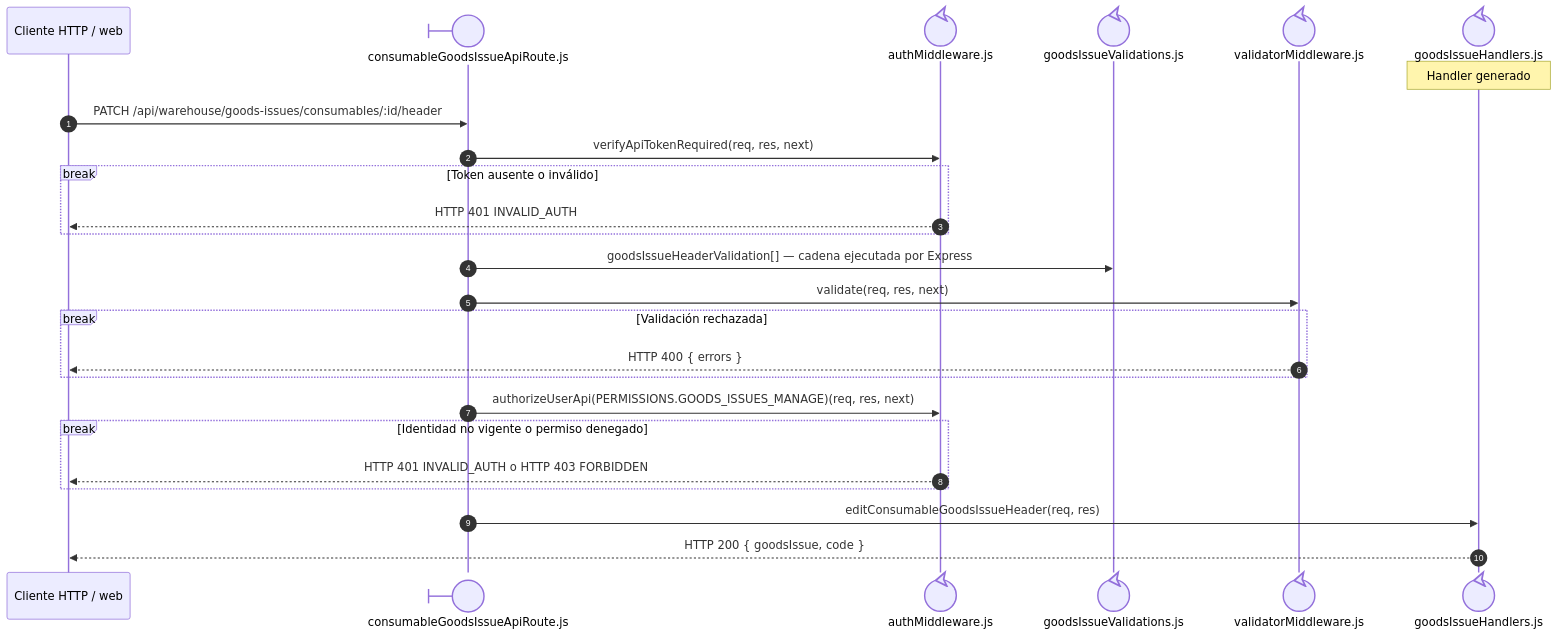
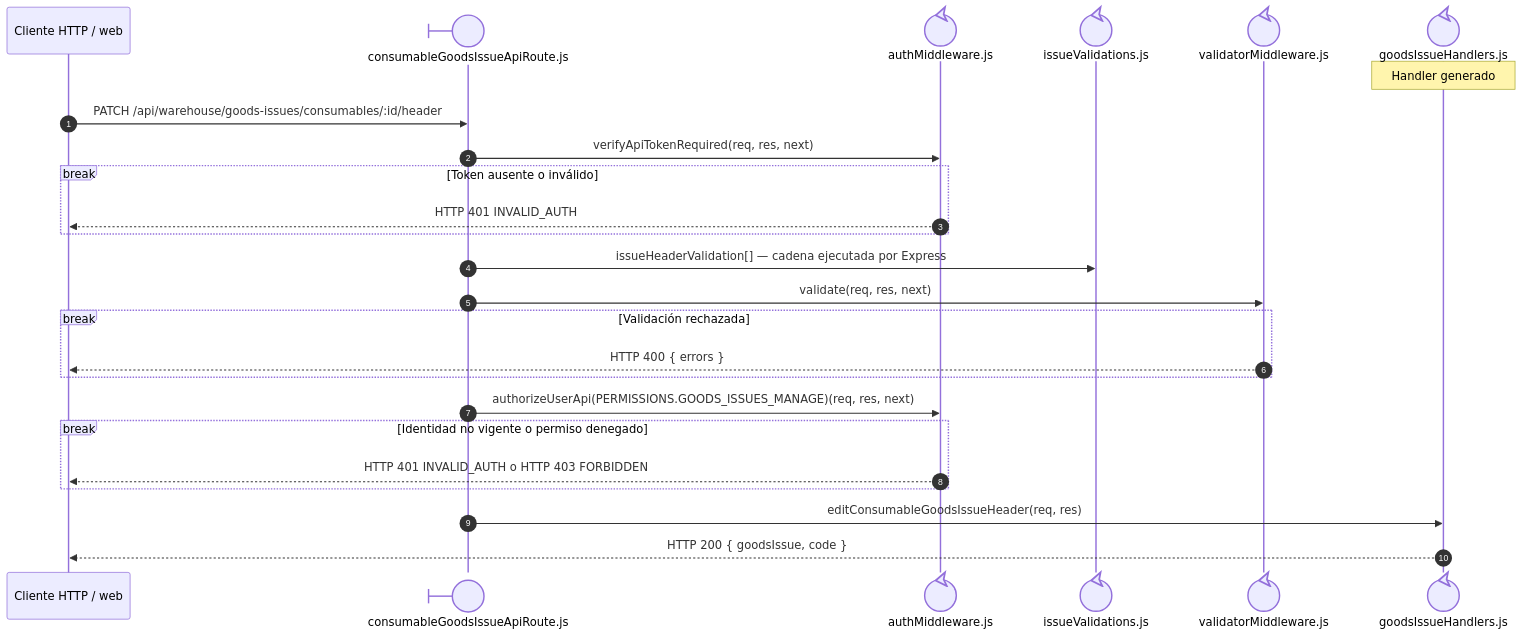
One commit to gpgsistemas01/nexus changed the second of 3 diagrams in back/docs/architecture/views/processes/backend-code-sequences/issues/cu-sal-17.md. Above: the diagram before and after it, drawn with Mermaid. The commit also changed other lines of this file and 90 other files, not shown here.

````diff
--- a/back/docs/architecture/views/processes/backend-code-sequences/issues/cu-sal-17.md
+++ b/back/docs/architecture/views/processes/backend-code-sequences/issues/cu-sal-17.md
@@ -74,28 +74,28 @@
 ```mermaid
 sequenceDiagram
     autonumber
     participant Client as Cliente HTTP / web
     participant Route@{ "type": "boundary" } as consumableGoodsIssueApiRoute.js
     participant Auth@{ "type": "control" } as authMiddleware.js
-    participant ValidationRules@{ "type": "control" } as goodsIssueValidations.js
+    participant ValidationRules@{ "type": "control" } as issueValidations.js
     participant Validator@{ "type": "control" } as validatorMiddleware.js
     participant Controller@{ "type": "control" } as goodsIssueHandlers.js
 
     Note over Controller: Handler generado
     Client->>Route: PATCH /api/warehouse/goods-issues/consumables/:id/header
     Route->>Auth: verifyApiTokenRequired(req, res, next)
     break Token ausente o inválido
         Auth-->>Client: HTTP 401 INVALID_AUTH
     end
-    Route->>ValidationRules: goodsIssueHeaderValidation[] — cadena ejecutada por Express
+    Route->>ValidationRules: issueHeaderValidation[] — cadena ejecutada por Express
     Route->>Validator: validate(req, res, next)
     break Validación rechazada
         Validator-->>Client: HTTP 400 { errors }
     end
     Route->>Auth: authorizeUserApi(PERMISSIONS.GOODS_ISSUES_MANAGE)(req, res, next)
     break Identidad no vigente o permiso denegado
         Auth-->>Client: HTTP 401 INVALID_AUTH o HTTP 403 FORBIDDEN
     end
     Route->>Controller: editConsumableGoodsIssueHeader(req, res)
         Controller-->>Client: HTTP 200 { goodsIssue, code }
 ```
````
